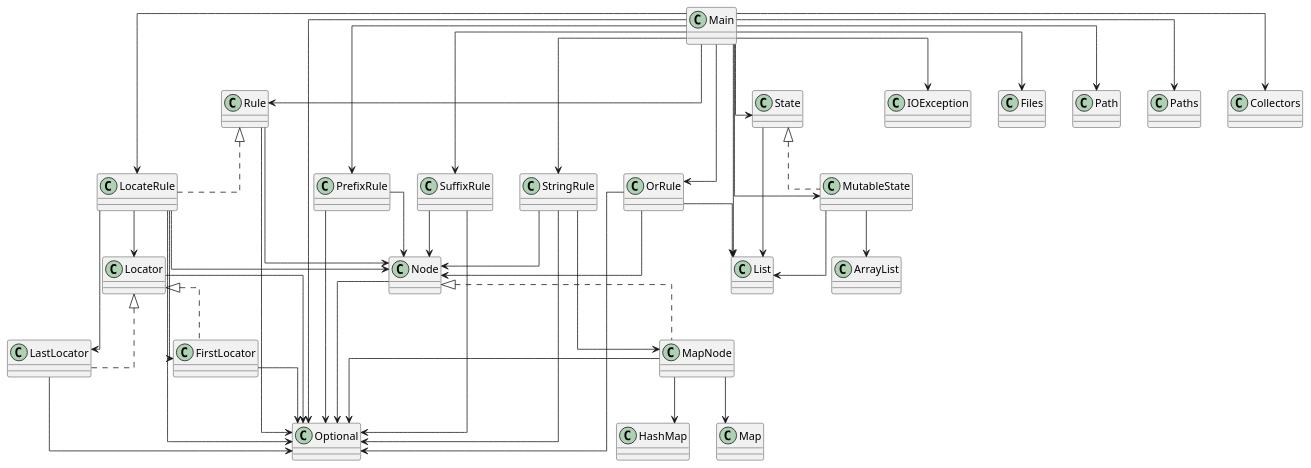
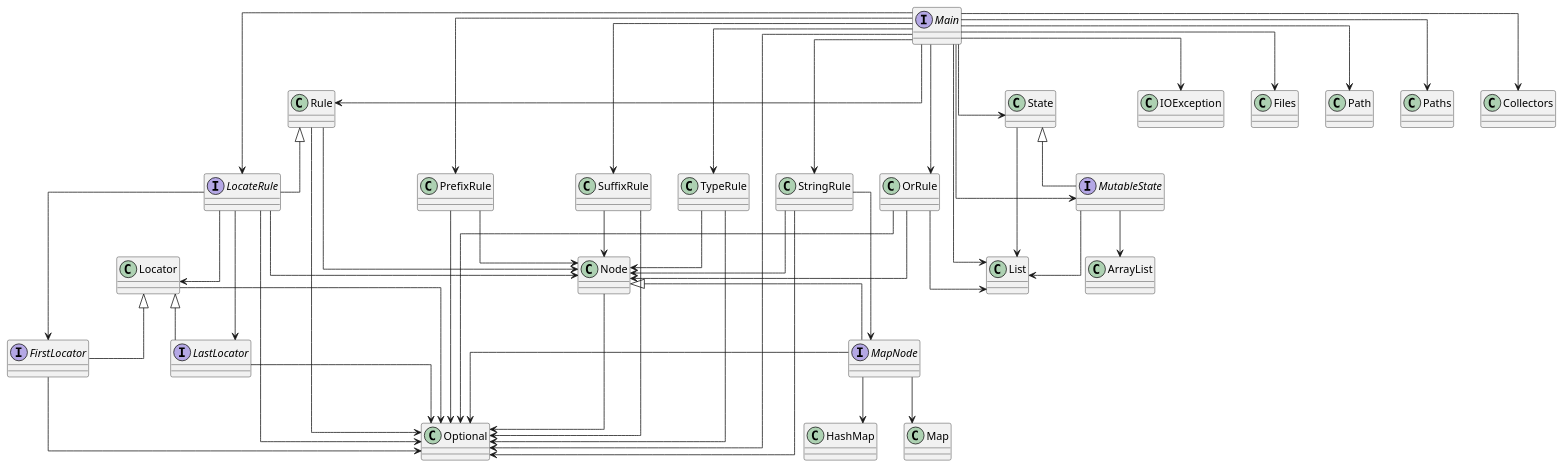
One commit to SirMathhman/Magma changed the diagram in diagram.puml. Above: the diagram before and after it, drawn with PlantUML. The commit also changed 4 other files, not shown here.

Commit message:
TypeRule

```diff
--- a/diagram.puml
+++ b/diagram.puml
@@ -1,55 +1,58 @@
 @startuml
 skinparam linetype ortho
 Node --> Optional
 class Node
 Rule --> Node
 Rule --> Optional
 class Rule
 StringRule --> MapNode
 StringRule --> Node
 StringRule --> Optional
 Locator --> Optional
 class Locator
 PrefixRule --> Node
 PrefixRule --> Optional
 FirstLocator --> Optional
-class FirstLocator implements Locator
+interface FirstLocator implements Locator
 OrRule --> Node
 OrRule --> List
 OrRule --> Optional
 LocateRule --> FirstLocator
 LocateRule --> LastLocator
 LocateRule --> Locator
 LocateRule --> Node
 LocateRule --> Optional
-class LocateRule implements Rule
+interface LocateRule implements Rule
 MutableState --> ArrayList
 MutableState --> List
-class MutableState implements State
+interface MutableState implements State
 Main --> LocateRule
 Main --> MutableState
 Main --> OrRule
 Main --> PrefixRule
 Main --> Rule
 Main --> State
 Main --> StringRule
 Main --> SuffixRule
+Main --> TypeRule
 Main --> IOException
 Main --> Files
 Main --> Path
 Main --> Paths
 Main --> List
 Main --> Optional
 Main --> Collectors
-class Main
+interface Main
 MapNode --> HashMap
 MapNode --> Map
 MapNode --> Optional
-class MapNode implements Node
+interface MapNode implements Node
+TypeRule --> Node
+TypeRule --> Optional
 SuffixRule --> Node
 SuffixRule --> Optional
 LastLocator --> Optional
-class LastLocator implements Locator
+interface LastLocator implements Locator
 State --> List
 class State
 @enduml
```
